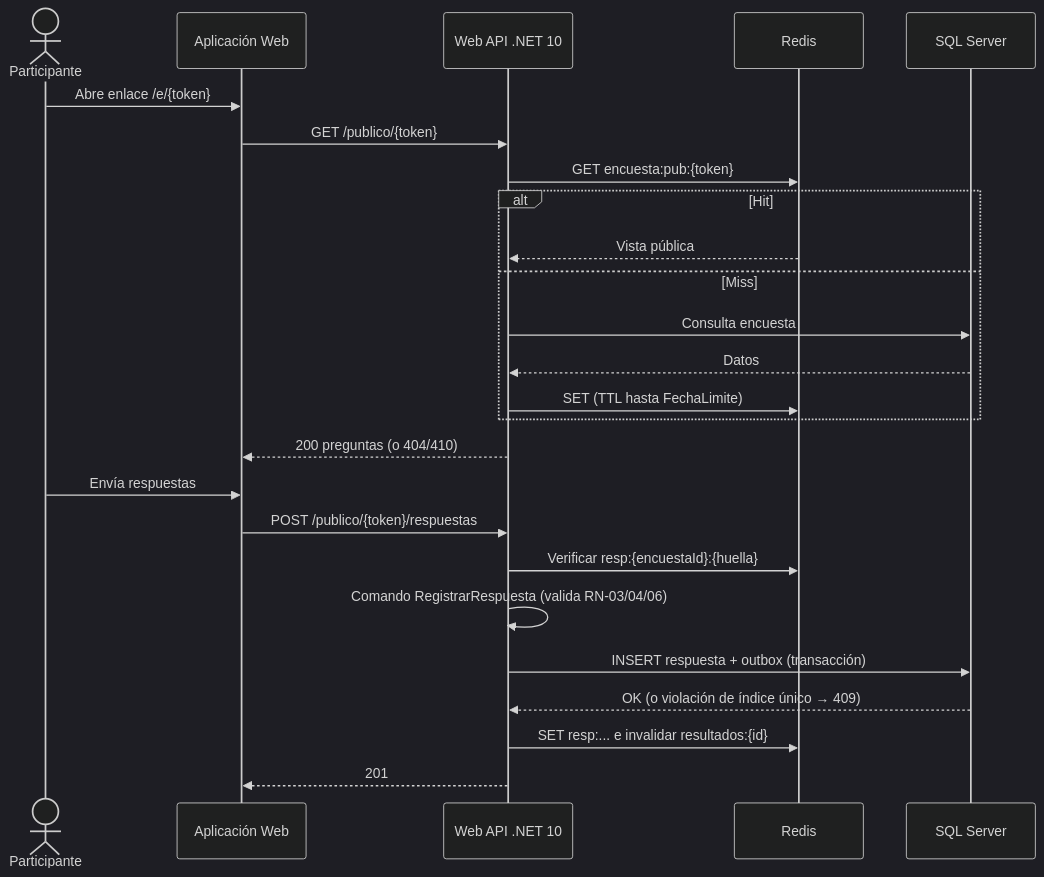
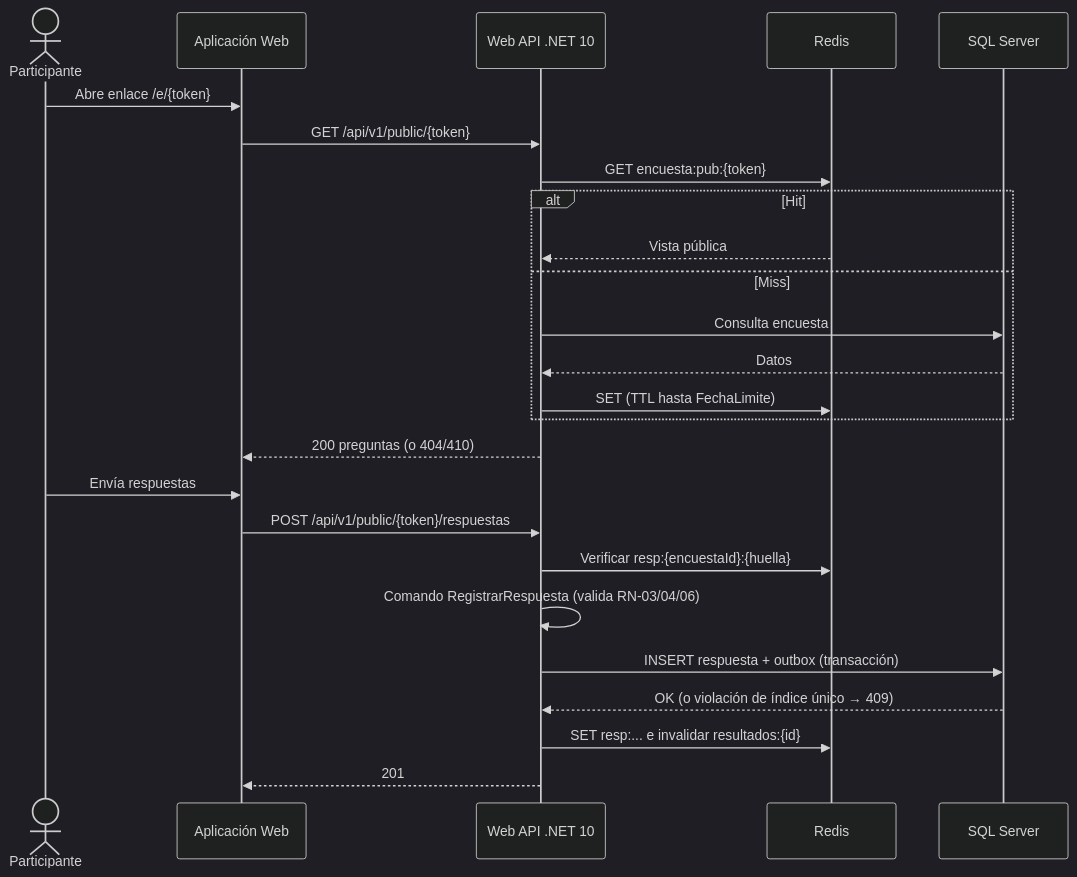
One commit to jhofran/Encuesta-Project-02 changed the fourth of 4 diagrams in docs/architecture/c4-containers.md. Above: the diagram before and after it, drawn with Mermaid (dark theme). The commit also changed other lines of this file and 46 other files, not shown here.

````diff
--- a/docs/architecture/c4-containers.md
+++ b/docs/architecture/c4-containers.md
@@ -125,27 +127,27 @@
 ```mermaid
 sequenceDiagram
     actor P as Participante
     participant W as Aplicación Web
     participant A as Web API .NET 10
     participant R as Redis
     participant S as SQL Server
     P->>W: Abre enlace /e/{token}
-    W->>A: GET /publico/{token}
+    W->>A: GET /api/v1/public/{token}
     A->>R: GET encuesta:pub:{token}
     alt Hit
         R-->>A: Vista pública
     else Miss
         A->>S: Consulta encuesta
         S-->>A: Datos
         A->>R: SET (TTL hasta FechaLimite)
     end
     A-->>W: 200 preguntas (o 404/410)
     P->>W: Envía respuestas
-    W->>A: POST /publico/{token}/respuestas
+    W->>A: POST /api/v1/public/{token}/respuestas
     A->>R: Verificar resp:{encuestaId}:{huella}
     A->>A: Comando RegistrarRespuesta (valida RN-03/04/06)
     A->>S: INSERT respuesta + outbox (transacción)
     S-->>A: OK (o violación de índice único → 409)
     A->>R: SET resp:... e invalidar resultados:{id}
     A-->>W: 201
 ```
````
